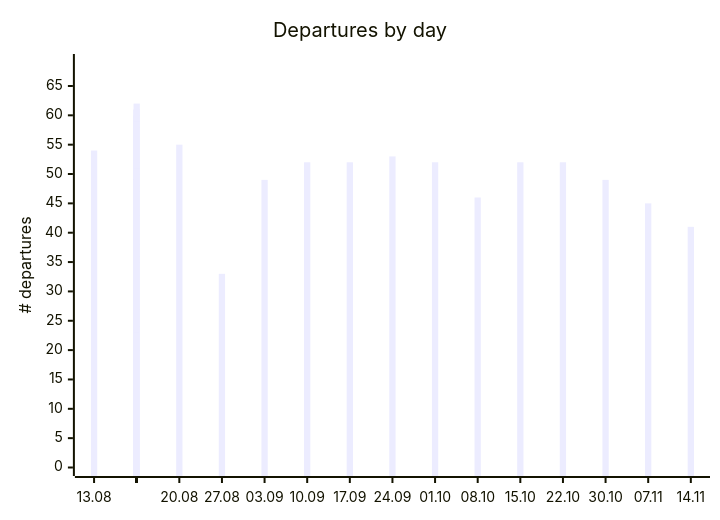
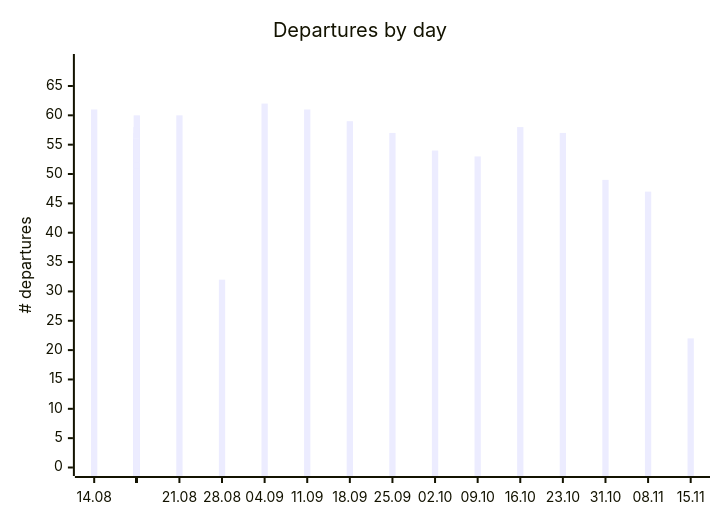
Before and after one commit to rainermesi/tll-airport-departures: the first of 2 diagrams in README.md, drawn with Mermaid. The commit also changed other lines of this file and 3 other files, not shown here.

````diff
--- a/README.md
+++ b/README.md
@@ -65,12 +65,12 @@
 ```mermaid
 ---
 xyChart:
     xAxis:
       labelFontSize: 8
 ---
 xychart-beta
     title "Departures by day"
-    x-axis ["13.08", " ", " ", " ", " ", " ", " ", "20.08", " ", " ", " ", " ", " ", " ", "27.08", " ", " ", " ", " ", " ", " ", "03.09", " ", " ", " ", " ", " ", " ", "10.09", " ", " ", " ", " ", " ", " ", "17.09", " ", " ", " ", " ", " ", " ", "24.09", " ", " ", " ", " ", " ", " ", "01.10", " ", " ", " ", " ", " ", " ", "08.10", " ", " ", " ", " ", " ", " ", "15.10", " ", " ", " ", " ", " ", " ", "22.10", " ", " ", " ", " ", " ", " ", "30.10", " ", " ", " ", " ", " ", " ", "07.11", " ", " ", " ", " ", "14.11"]
+    x-axis ["14.08", " ", " ", " ", " ", " ", " ", "21.08", " ", " ", " ", " ", " ", " ", "28.08", " ", " ", " ", " ", " ", " ", "04.09", " ", " ", " ", " ", " ", " ", "11.09", " ", " ", " ", " ", " ", " ", "18.09", " ", " ", " ", " ", " ", " ", "25.09", " ", " ", " ", " ", " ", " ", "02.10", " ", " ", " ", " ", " ", " ", "09.10", " ", " ", " ", " ", " ", " ", "16.10", " ", " ", " ", " ", " ", " ", "23.10", " ", " ", " ", " ", " ", " ", "31.10", " ", " ", " ", " ", " ", " ", "08.11", " ", " ", " ", " ", "15.11"]
     y-axis "# departures" 0 --> 69
-    bar [54, 61, 48, 57, 60, 46, 54, 55, 60, 43, 58, 58, 48, 54, 33, 32, 34, 52, 54, 45, 54, 49, 62, 42, 56, 57, 48, 53, 52, 61, 44, 54, 56, 47, 51, 52, 59, 43, 52, 55, 46, 51, 53, 57, 40, 48, 54, 42, 46, 52, 54, 40, 48, 50, 36, 45, 46, 53, 35, 49, 50, 34, 46, 52, 58, 44, 55, 56, 46, 48, 52, 57, 46, 50, 46, 51, 27, 49, 49, 50, 44, 20, 43, 24, 45, 47, 38, 20, 23, 41]
+    bar [61, 48, 57, 60, 46, 54, 55, 60, 43, 58, 58, 48, 54, 33, 32, 34, 52, 54, 45, 54, 49, 62, 42, 56, 57, 48, 53, 52, 61, 44, 54, 56, 47, 51, 52, 59, 43, 52, 55, 46, 51, 53, 57, 40, 48, 54, 42, 46, 52, 54, 40, 48, 50, 36, 45, 46, 53, 35, 49, 50, 34, 46, 52, 58, 44, 55, 56, 46, 48, 52, 57, 46, 50, 46, 51, 27, 49, 49, 50, 44, 20, 43, 24, 45, 47, 38, 20, 23, 41, 22]
 ```
````
